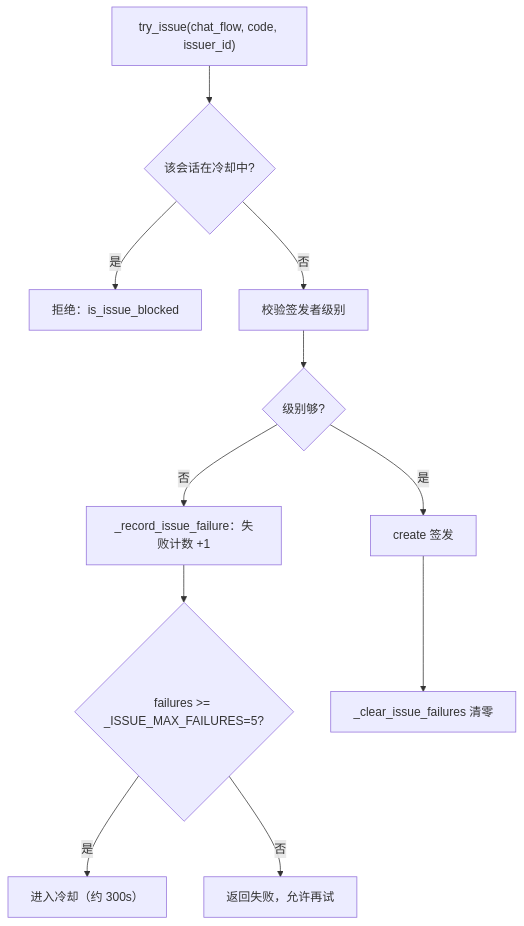
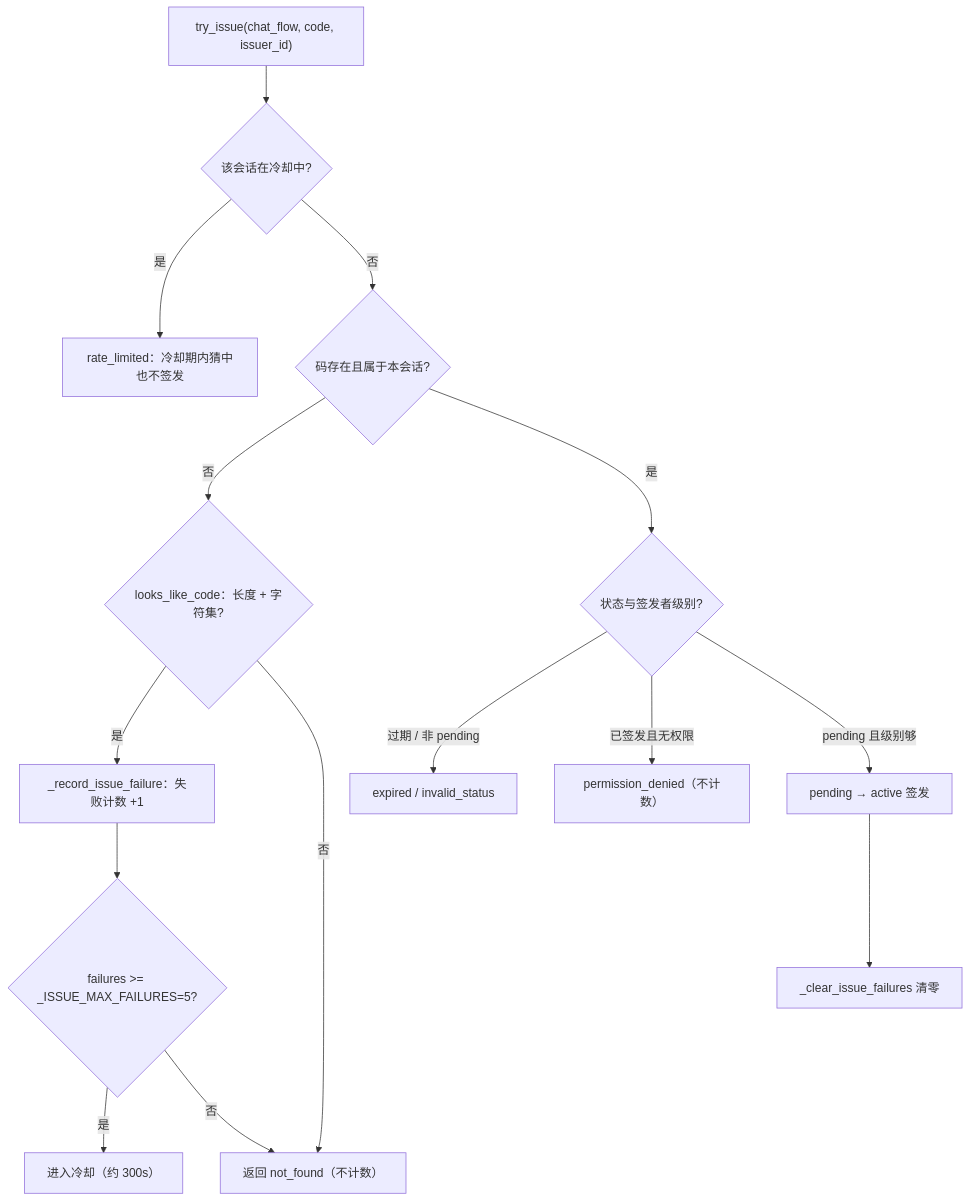
The fourth of 8 diagrams in docs/flow/19-credentials-security.md (SuperQuail/NeoBot), drawn with Mermaid before and after one commit. The commit also changed other lines of this file and 5 other files, not shown here.

````diff
--- a/docs/flow/19-credentials-security.md
+++ b/docs/flow/19-credentials-security.md
@@ -107,13 +123,17 @@
 ```mermaid
 flowchart TD
     A["try_issue(chat_flow, code, issuer_id)"] --> B{"该会话在冷却中?"}
-    B -- 是 --> C["拒绝：is_issue_blocked"]
-    B -- 否 --> D["校验签发者级别"]
-    D --> E{"级别够?"}
-    E -- 否 --> F["_record_issue_failure：失败计数 +1"]
-    F --> G{"failures >= _ISSUE_MAX_FAILURES=5?"}
-    G -- 是 --> H["进入冷却（约 300s）"]
-    G -- 否 --> I["返回失败，允许再试"]
-    E -- 是 --> J["create 签发"]
-    J --> K["_clear_issue_failures 清零"]
+    B -- 是 --> C["rate_limited：冷却期内猜中也不签发"]
+    B -- 否 --> D{"码存在且属于本会话?"}
+    D -- 否 --> E{"looks_like_code：长度 + 字符集?"}
+    E -- 是 --> F["_record_issue_failure：失败计数 +1"]
+    E -- 否 --> G["返回 not_found（不计数）"]
+    F --> H{"failures >= _ISSUE_MAX_FAILURES=5?"}
+    H -- 是 --> I["进入冷却（约 300s）"]
+    H -- 否 --> G
+    D -- 是 --> J{"状态与签发者级别?"}
+    J -- 过期 / 非 pending --> K["expired / invalid_status"]
+    J -- 已签发且无权限 --> L["permission_denied（不计数）"]
+    J -- pending 且级别够 --> M["pending → active 签发"]
+    M --> N["_clear_issue_failures 清零"]
 ```
````
